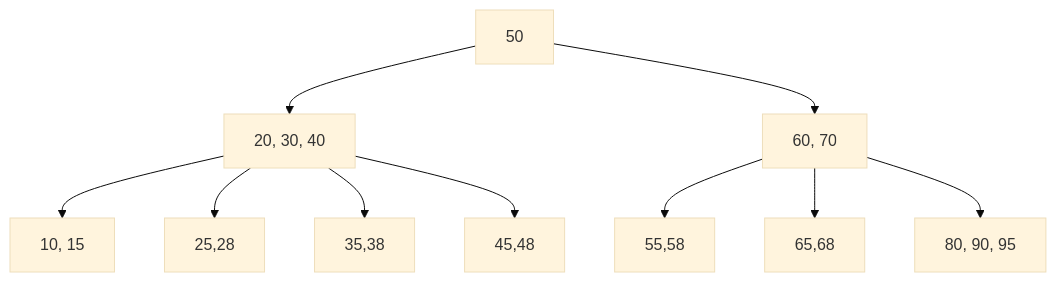
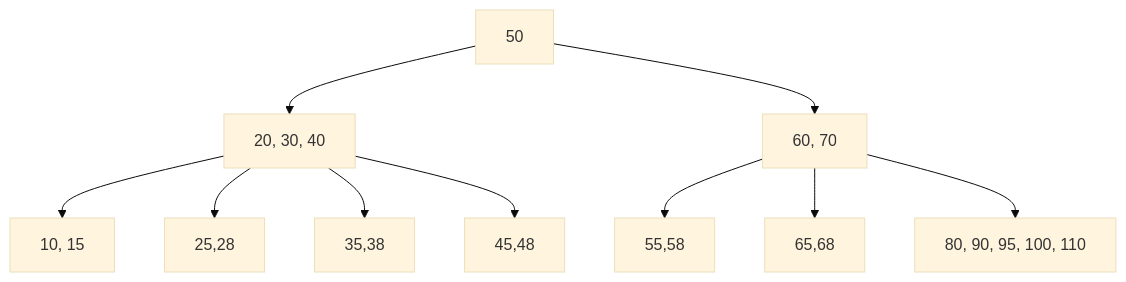
One commit to johan-franco/csc223 changed the second of 13 diagrams in BTrees/README.MD. Above: the diagram before and after it, drawn with Mermaid (base theme). The commit also changed other lines of this file and 2 other files, not shown here.

````diff
--- a/BTrees/README.MD
+++ b/BTrees/README.MD
@@ -27,12 +27,12 @@
 ```mermaid
 graph TD
     A[50] --> B[20, 30, 40]
     A --> C[60, 70]
     B --> D[10, 15]
     B --> E[25,28]
     B --> F[35,38]
     B --> G[45,48]
     C --> H[55,58]
     C --> I[65,68]
-    C --> J[80, 90, 95]
+    C --> J[80, 90, 95, 100, 110]
 ```
````
